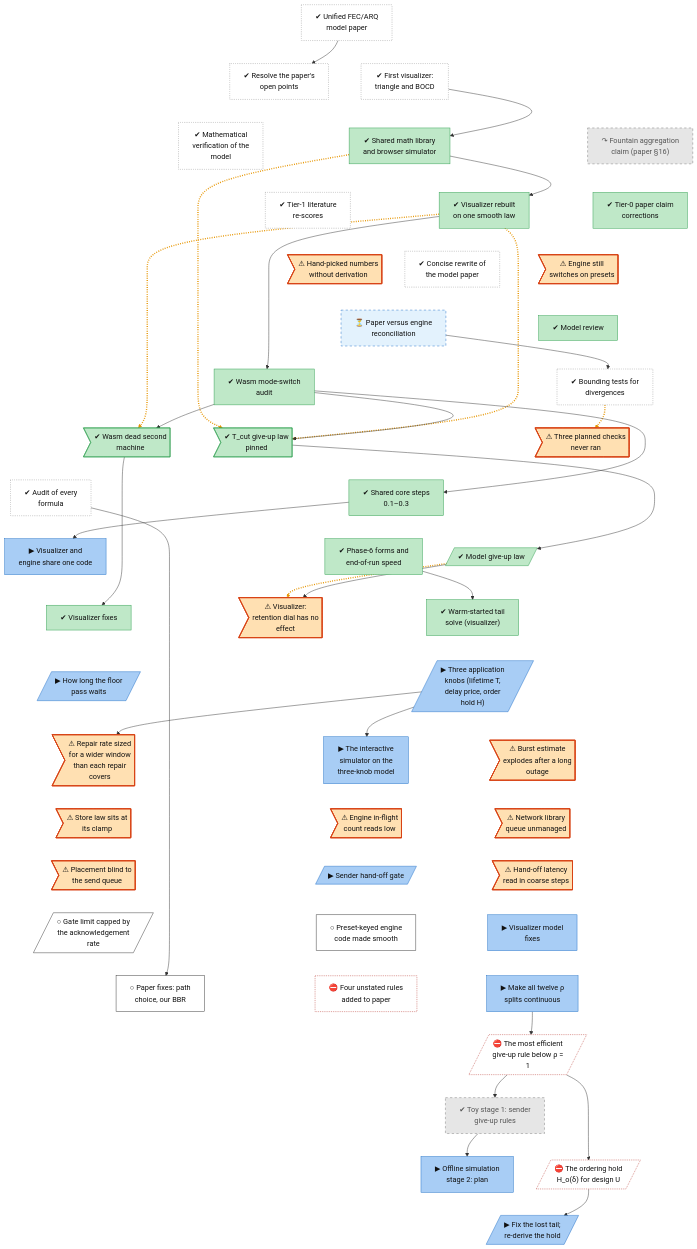
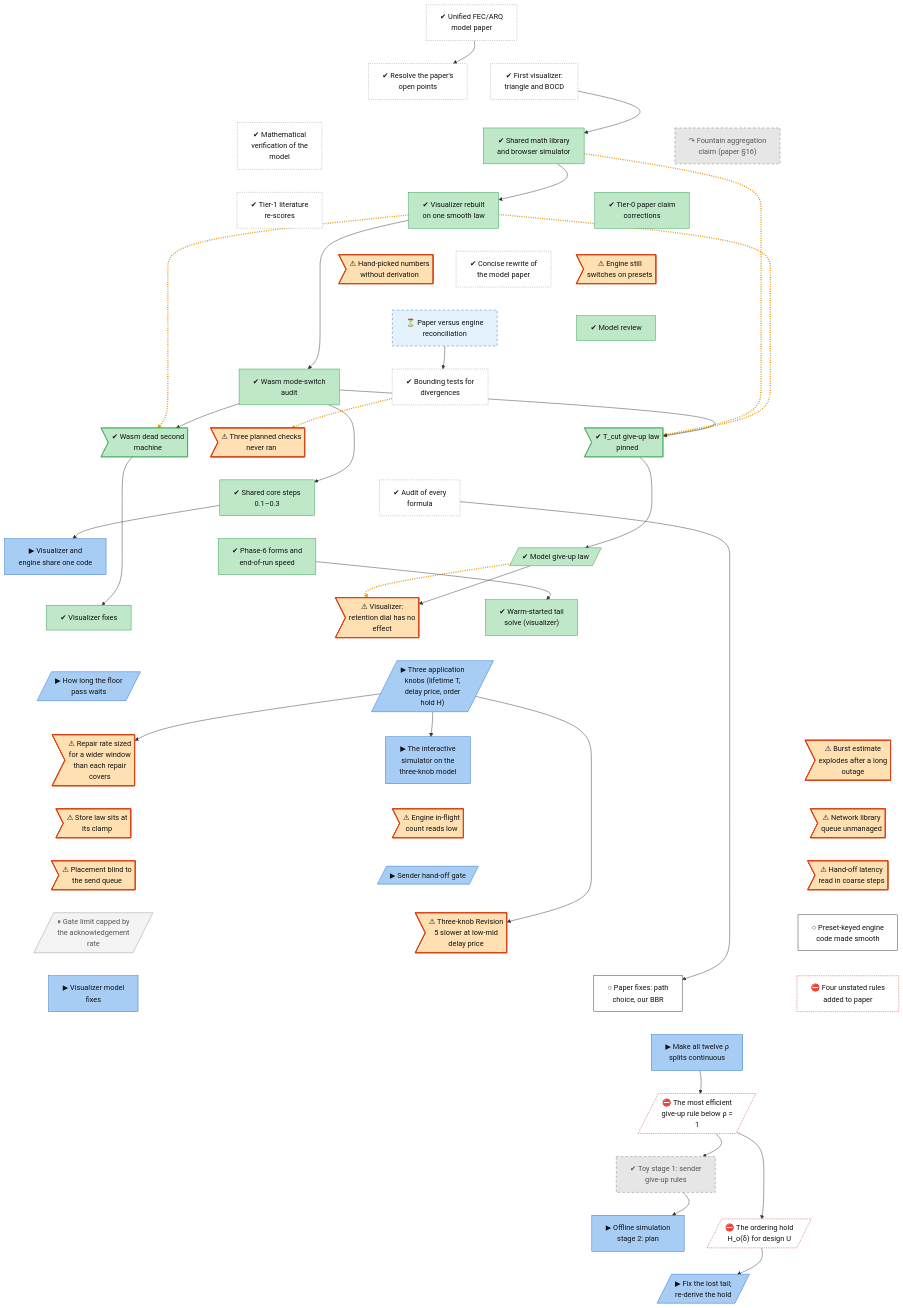
Before and after one commit to lhns/raptorpath: the diagram in docs/roadmap/tracks/model.md, drawn with Mermaid. The commit also changed other lines of this file and 4 other files, not shown here.

Commit message:
roadmap: owner answers for VM batch 1 (P0 cleared, launch-smoke waiver, S06 approval on Fable's conditions); three-knobs rev5 merged, low-mid price delay band open; gate Revision 5 parked

````diff
--- a/docs/roadmap/tracks/model.md
+++ b/docs/roadmap/tracks/model.md
@@ -47,7 +47,8 @@
     model_defect_placement_blind>"⚠ Placement blind to<br/>the send queue"]
     model_sender_queue_law[/"▶ Sender hand-off gate"/]
     model_defect_tau_o_quantized>"⚠ Hand-off latency<br/>read in coarse steps"]
-    model_handoff_rev5[/"○ Gate limit capped by<br/>the acknowledgement<br/>rate"/]
+    model_handoff_rev5[/"⏸ Gate limit capped by<br/>the acknowledgement<br/>rate"/]
+    model_defect_three_knobs_delta_band>"⚠ Three-knob Revision<br/>5 slower at low-mid<br/>delay price"]
     model_fix_hint_keyed_paths["○ Preset-keyed engine<br/>code made smooth"]
     model_wasm_fixes["▶ Visualizer model<br/>fixes"]
     model_fix_paper_p2["○ Paper fixes: path<br/>choice, our BBR"]
@@ -99,13 +100,14 @@
     model_defect_inflight_count ~~~ model_sender_queue_law
     model_defect_quinn_queue ~~~ model_defect_tau_o_quantized
     model_defect_placement_blind ~~~ model_handoff_rev5
-    model_sender_queue_law ~~~ model_fix_hint_keyed_paths
-    model_defect_tau_o_quantized ~~~ model_wasm_fixes
-    model_handoff_rev5 ~~~ model_fix_paper_p2
+    model_sender_queue_law ~~~ model_defect_three_knobs_delta_band
+    model_defect_tau_o_quantized ~~~ model_fix_hint_keyed_paths
+    model_handoff_rev5 ~~~ model_wasm_fixes
+    model_defect_three_knobs_delta_band ~~~ model_fix_paper_p2
     model_fix_hint_keyed_paths ~~~ model_fix_paper_p3
     model_wasm_fixes ~~~ model_rho_step_sites
-    model_fix_paper_p2 ~~~ model_skip_rule_efficiency
-    model_fix_paper_p3 ~~~ model_skip_rule_efficiency
+    model_fix_paper_p2 ~~~ model_rho_step_sites
+    model_fix_paper_p3 ~~~ model_rho_step_sites
     model_rho_step_sites ~~~ model_skip_rule_efficiency
     model_skip_rule_efficiency ~~~ model_toy_stage1
     model_toy_stage1 ~~~ model_toy_stage2_plan
@@ -132,13 +134,14 @@
     model_endspeed --> model_warm_start
     model_three_knobs --> model_defect_rate_vs_span
     model_three_knobs --> model_viz_three_knobs
+    model_three_knobs --> model_defect_three_knobs_delta_band
     model_law_ledger --> model_fix_paper_p2
     model_rho_step_sites --> model_skip_rule_efficiency
     model_skip_rule_efficiency --> model_toy_stage1
     model_toy_stage1 --> model_toy_stage2_plan
     model_skip_rule_efficiency --> model_ordering_hold
     model_ordering_hold --> model_tail_and_hold
-    linkStyle 56,58,59,61,68 stroke:#e69500,stroke-width:3px,stroke-dasharray:2 3
+    linkStyle 57,59,60,62,69 stroke:#e69500,stroke-width:3px,stroke-dasharray:2 3
     classDef vsucc fill:#2e9e4f,stroke:#1b6b34,color:#fff
     classDef succ fill:#bfe8c8,stroke:#2e9e4f,color:#111
     classDef mixed fill:#ffd37a,stroke:#c98a00,color:#111
@@ -156,9 +159,10 @@
     class model_paper_v1,model_open_points,model_visualizer_v1,model_math_verification,model_tier1_rescores,model_paper_rewrite,model_bound_tests,model_law_ledger unrated
     class model_wasm_l0,model_vis_continuum,model_tier0_corrections,model_review_37,model_wasm_audit,model_defect_tcut,model_defect_dead_machine,model_shared_core_0,model_endspeed,model_giveup_law,model_viz_fix,model_warm_start succ
     class model_s16_fountain,model_toy_stage1 dead
-    class model_mode_switch_debts,model_open_constants,model_bound_tests_unrun,model_defect_rho_inert,model_defect_rate_vs_span,model_defect_ge_after_outage,model_defect_store_law_constant,model_defect_inflight_count,model_defect_quinn_queue,model_defect_placement_blind,model_defect_tau_o_quantized finding
+    class model_mode_switch_debts,model_open_constants,model_bound_tests_unrun,model_defect_rho_inert,model_defect_rate_vs_span,model_defect_ge_after_outage,model_defect_store_law_constant,model_defect_inflight_count,model_defect_quinn_queue,model_defect_placement_blind,model_defect_tau_o_quantized,model_defect_three_knobs_delta_band finding
     class model_paper_recon waiting
     class model_shared_core,model_floor_hold,model_three_knobs,model_viz_three_knobs,model_sender_queue_law,model_wasm_fixes,model_rho_step_sites,model_toy_stage2_plan,model_tail_and_hold inprog
-    class model_handoff_rev5,model_fix_hint_keyed_paths,model_fix_paper_p2 next
+    class model_handoff_rev5 parked
+    class model_fix_hint_keyed_paths,model_fix_paper_p2 next
     class model_fix_paper_p3,model_skip_rule_efficiency,model_ordering_hold blocked
 ```
````
